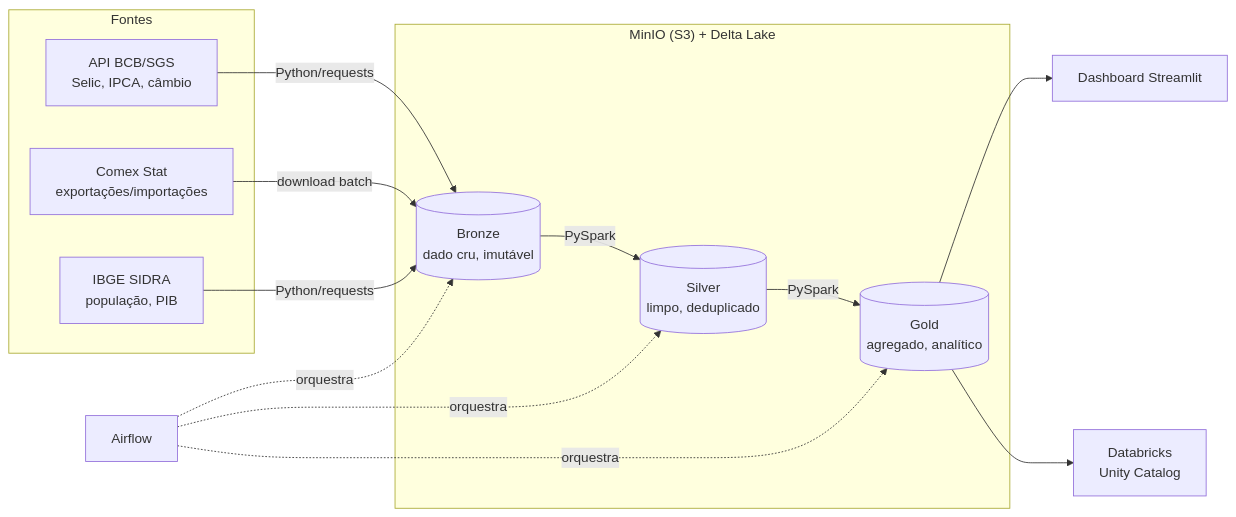
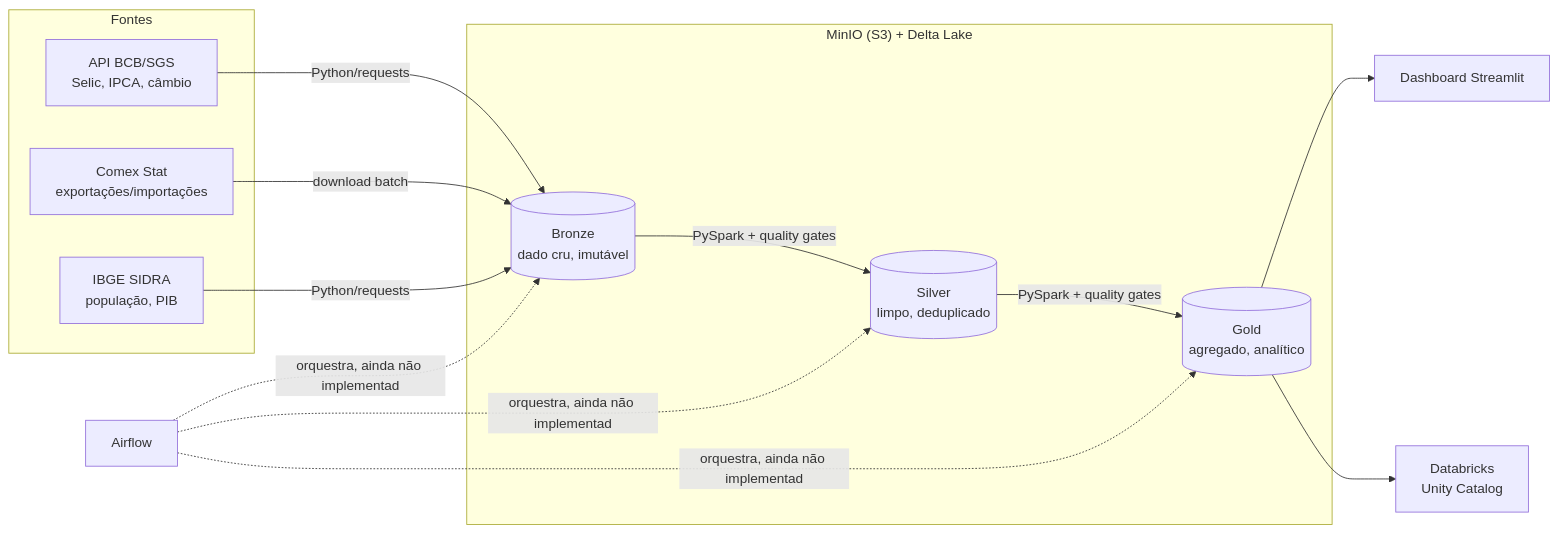
One commit to JoaoPauloBernardo/LakeHouse_EconomiaBR changed the diagram in README.md. Above: the diagram before and after it, drawn with Mermaid. The commit also changed other lines of this file, not shown here.

Commit message:
docs: update README to reflect current pipeline state (bronze/silver/gold, tests, quality gates, dashboard)

````diff
--- a/README.md
+++ b/README.md
@@ -11,24 +13,24 @@
 ```mermaid
 flowchart LR
     subgraph Fontes
         BCB[API BCB/SGS<br/>Selic, IPCA, câmbio]
         COMEX[Comex Stat<br/>exportações/importações]
         IBGE[IBGE SIDRA<br/>população, PIB]
     end
 
     subgraph Lakehouse["MinIO (S3) + Delta Lake"]
         BR[(Bronze<br/>dado cru, imutável)]
         SV[(Silver<br/>limpo, deduplicado)]
         GD[(Gold<br/>agregado, analítico)]
     end
 
     BCB -->|Python/requests| BR
     COMEX -->|download batch| BR
     IBGE -->|Python/requests| BR
-    BR -->|PySpark| SV
-    SV -->|PySpark| GD
+    BR -->|PySpark + quality gates| SV
+    SV -->|PySpark + quality gates| GD
     GD --> DASH[Dashboard Streamlit]
     GD --> DBX[Databricks<br/>Unity Catalog]
 
-    AF[Airflow] -.orquestra.-> BR & SV & GD
+    AF[Airflow] -.orquestra, ainda não implementado.-> BR & SV & GD
 ```
````
